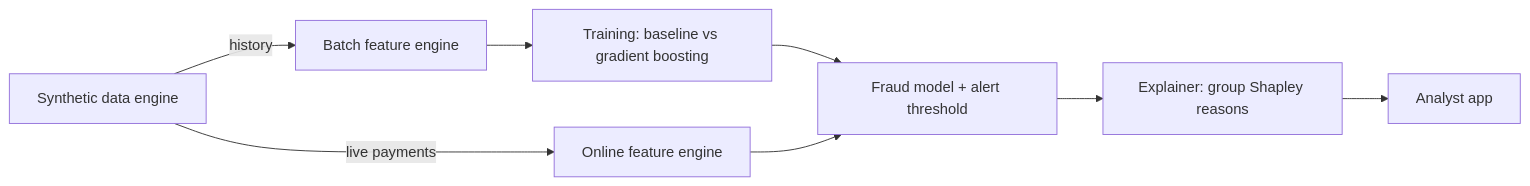
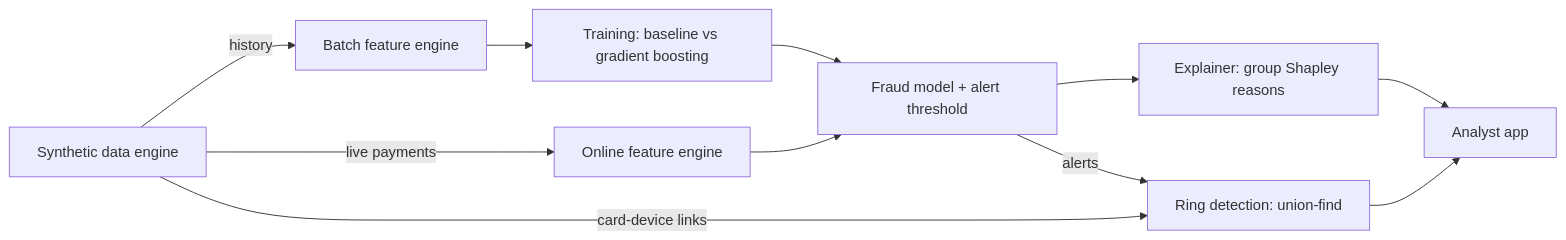
The diagram in README.md (beggumuzun/fraudlens), drawn with Mermaid before and after one commit. The commit also changed other lines of this file and 30 other files, not shown here.

Commit message:
Fraud rings: union-find device graph, ring detection, point of compromise

````diff
--- a/README.md
+++ b/README.md
@@ -66,10 +72,13 @@
 ```mermaid
 flowchart LR
     G[Synthetic data engine] -->|history| B[Batch feature engine]
     B --> T[Training: baseline vs gradient boosting]
     T --> M[Fraud model + alert threshold]
     G -->|live payments| O[Online feature engine]
     O --> M
     M --> X[Explainer: group Shapley reasons]
     X --> A[Analyst app]
+    G -->|card-device links| R[Ring detection: union-find]
+    M -->|alerts| R
+    R --> A
 ```
````
